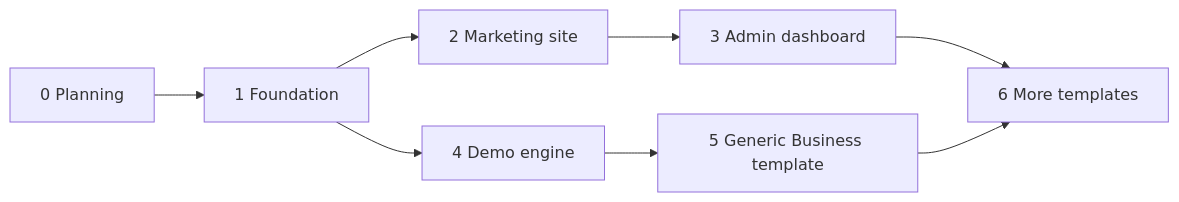
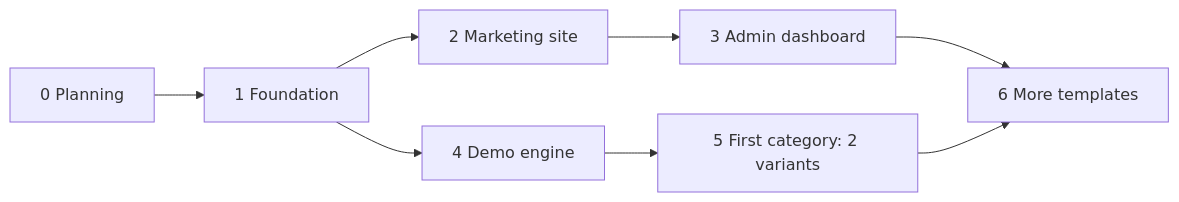
The diagram in docs/07-roadmap.md (AhmedElnagarUU/Demmoss), drawn with Mermaid before and after one commit. The commit also changed other lines of this file and 13 other files, not shown here.

````diff
--- a/docs/07-roadmap.md
+++ b/docs/07-roadmap.md
@@ -3,10 +3,10 @@
 ```mermaid
 flowchart LR
   P0[0 Planning] --> P1[1 Foundation]
   P1 --> P2[2 Marketing site]
   P1 --> P4[4 Demo engine]
   P2 --> P3[3 Admin dashboard]
-  P4 --> P5[5 Generic Business template]
+  P4 --> P5[5 First category: 2 variants]
   P3 --> P6[6 More templates]
   P5 --> P6
 ```
````
